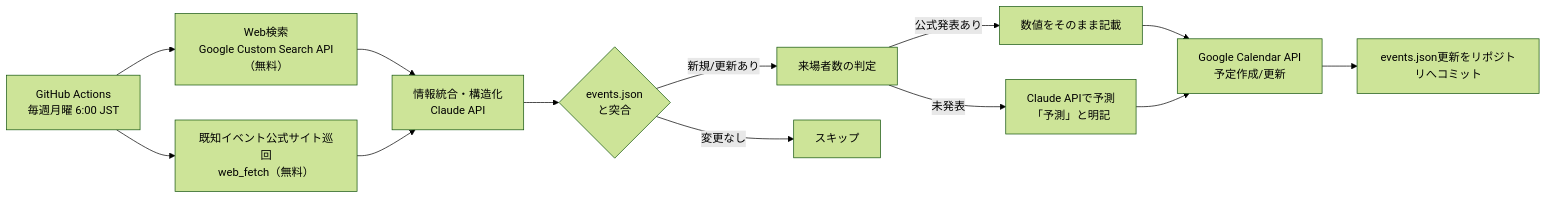
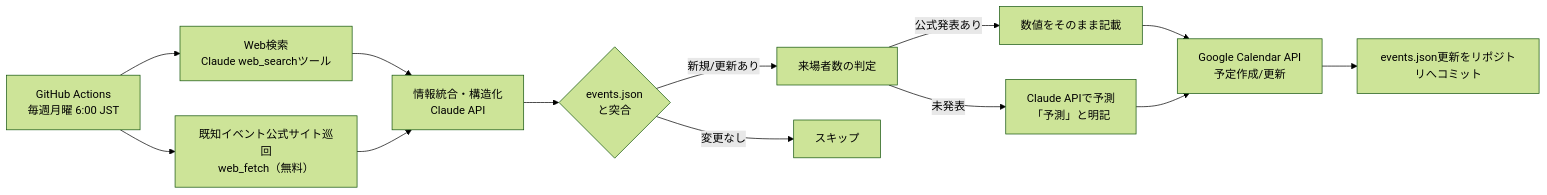
One commit to one-fr/Tokai_Wanko_Event changed the diagram in docs/plan.md. Above: the diagram before and after it, drawn with Mermaid (forest theme). The commit also changed other lines of this file and 23 other files, not shown here.

````diff
--- a/docs/plan.md
+++ b/docs/plan.md
@@ -13,15 +15,15 @@
 ```mermaid
 flowchart LR
-    A[GitHub Actions\n毎週月曜 6:00 JST] --> B[Web検索\nGoogle Custom Search API（無料）]
+    A[GitHub Actions\n毎週月曜 6:00 JST] --> B[Web検索\nClaude web_searchツール]
     A --> C[既知イベント公式サイト巡回\nweb_fetch（無料）]
     B --> D[情報統合・構造化\nClaude API]
     C --> D
     D --> E{events.json\nと突合}
     E -->|新規/更新あり| F[来場者数の判定]
     E -->|変更なし| G[スキップ]
     F -->|公式発表あり| H[数値をそのまま記載]
     F -->|未発表| I[Claude APIで予測\n「予測」と明記]
     H --> J[Google Calendar API\n予定作成/更新]
     I --> J
     J --> K[events.json更新をリポジトリへコミット]
 ```
````
